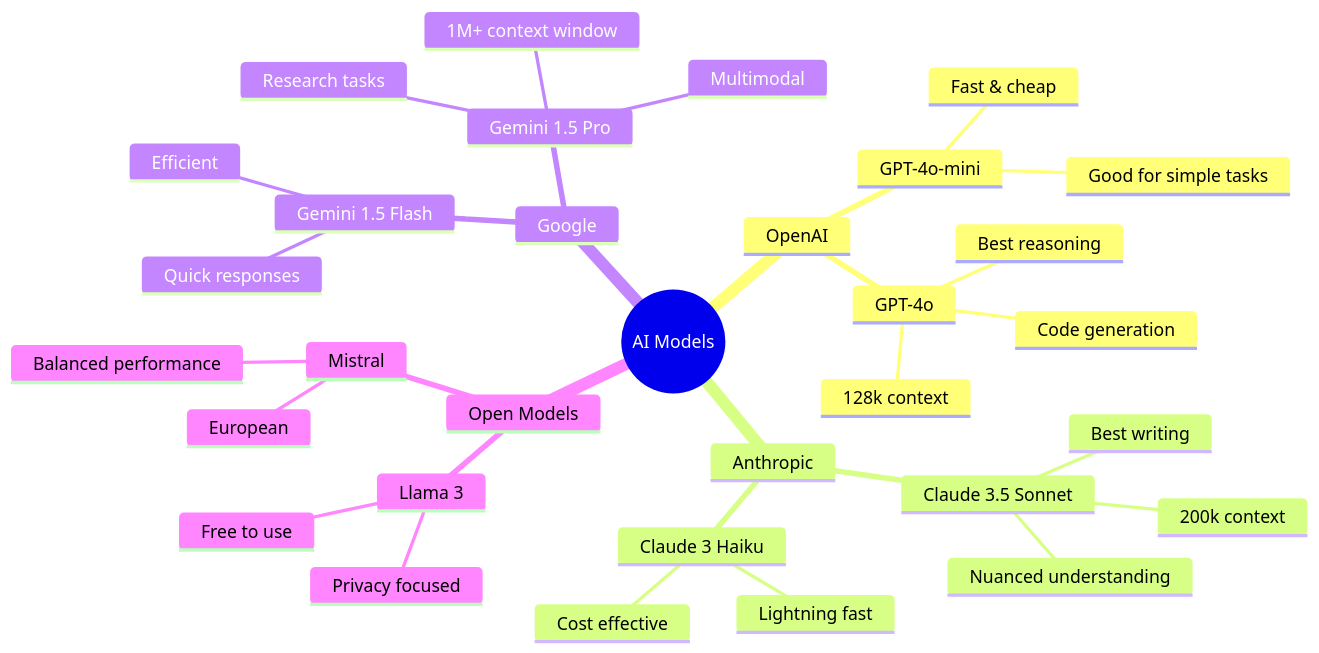
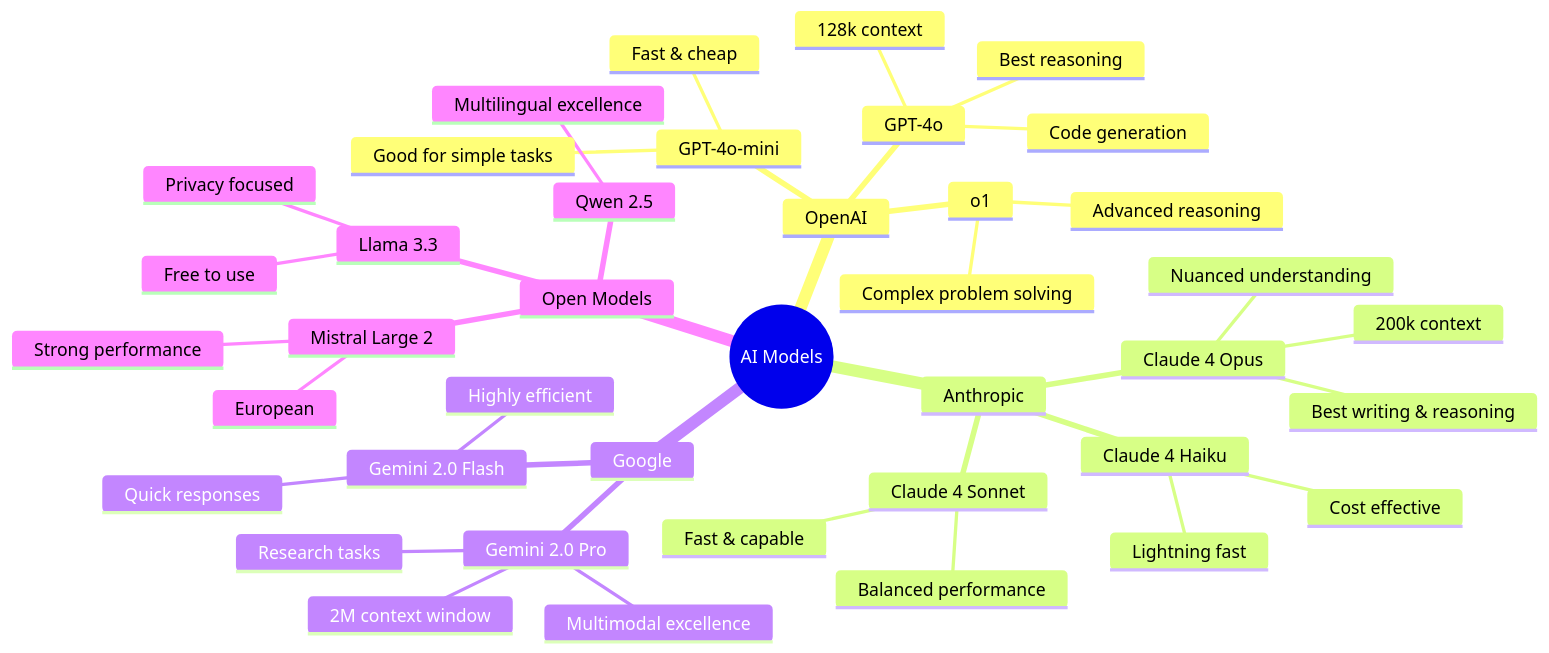
The second of 11 diagrams in public/data/workshops/workshop-02-morning-ai-api-access/01_concepts.md (DreamLab-AI/dreamlab-ai-website), drawn with Mermaid before and after one commit. The commit also changed other lines of this file and 34 other files, not shown here.

````diff
--- a/public/data/workshops/workshop-02-morning-ai-api-access/01_concepts.md
+++ b/public/data/workshops/workshop-02-morning-ai-api-access/01_concepts.md
@@ -48,35 +48,43 @@
 ```mermaid
 mindmap
   root((AI Models))
     OpenAI
       GPT-4o
         Best reasoning
         Code generation
         128k context
       GPT-4o-mini
         Fast & cheap
         Good for simple tasks
+      o1
+        Advanced reasoning
+        Complex problem solving
     Anthropic
-      Claude 3.5 Sonnet
-        Best writing
+      Claude 4 Opus
+        Best writing & reasoning
         200k context
         Nuanced understanding
-      Claude 3 Haiku
+      Claude 4 Sonnet
+        Balanced performance
+        Fast & capable
+      Claude 4 Haiku
         Lightning fast
         Cost effective
     Google
-      Gemini 1.5 Pro
-        1M+ context window
-        Multimodal
+      Gemini 2.0 Pro
+        2M context window
+        Multimodal excellence
         Research tasks
-      Gemini 1.5 Flash
+      Gemini 2.0 Flash
         Quick responses
-        Efficient
+        Highly efficient
     Open Models
-      Llama 3
+      Llama 3.3
         Free to use
         Privacy focused
-      Mistral
+      Mistral Large 2
         European
-        Balanced performance
+        Strong performance
+      Qwen 2.5
+        Multilingual excellence
 ```
````
